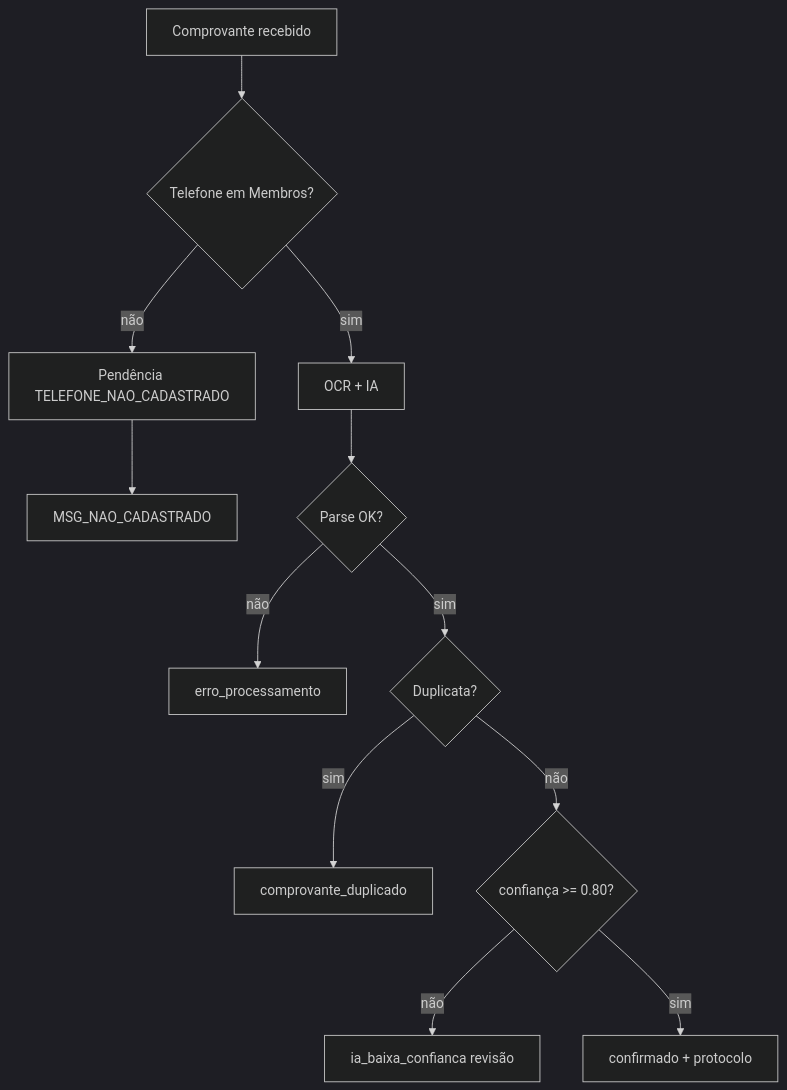
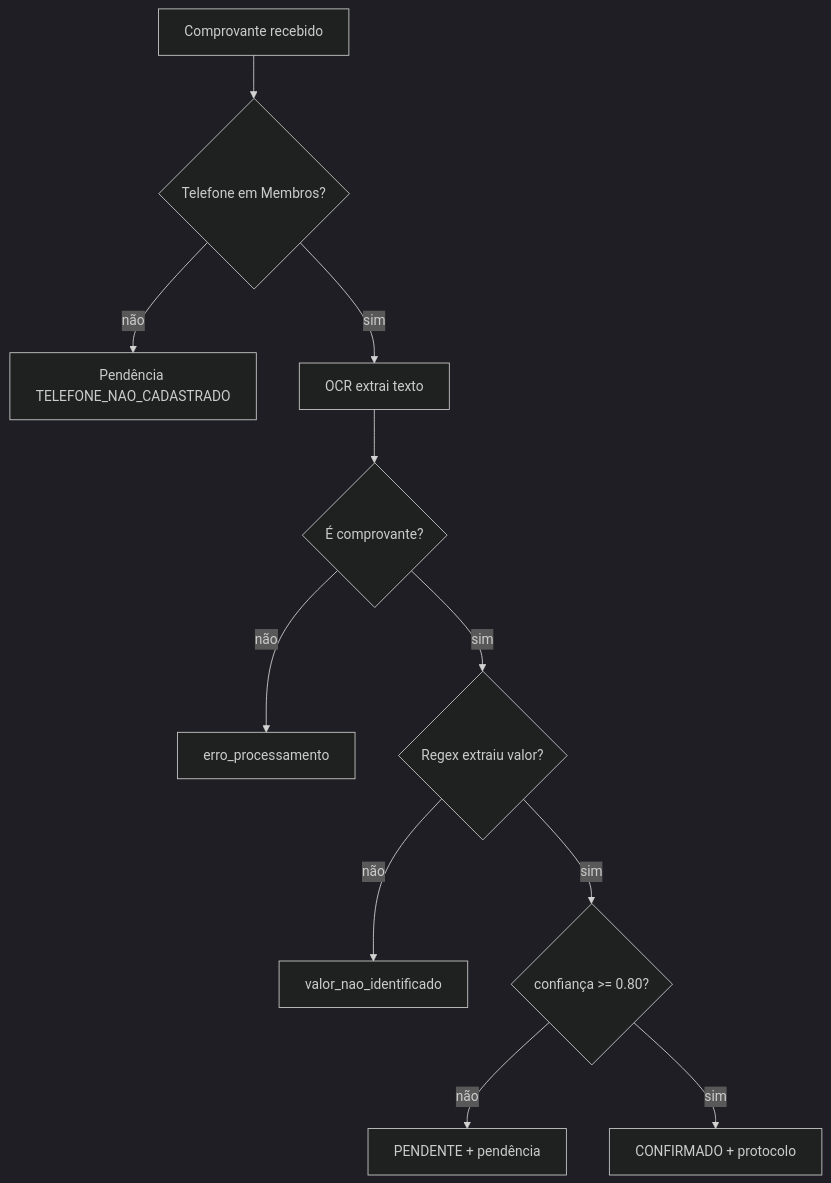
One commit to aganimoto/comunhaodebens changed the third of 3 diagrams in docs/ARCHITECTURE.md. Above: the diagram before and after it, drawn with Mermaid (dark theme). The commit also changed other lines of this file and 29 other files, not shown here.

````diff
--- a/docs/ARCHITECTURE.md
+++ b/docs/ARCHITECTURE.md
@@ -81,14 +71,13 @@
 ```mermaid
 flowchart TD
     A[Comprovante recebido] --> B{Telefone em Membros?}
     B -->|não| P1[Pendência TELEFONE_NAO_CADASTRADO]
-    P1 --> M1[MSG_NAO_CADASTRADO]
-    B -->|sim| C[OCR + IA]
-    C --> D{Parse OK?}
+    B -->|sim| C[OCR extrai texto]
+    C --> D{É comprovante?}
     D -->|não| P2[erro_processamento]
-    D -->|sim| E{Duplicata?}
-    E -->|sim| P3[comprovante_duplicado]
-    E -->|não| F{confiança >= 0.80?}
-    F -->|não| P4[ia_baixa_confianca revisão]
-    F -->|sim| G[confirmado + protocolo]
+    D -->|sim| E{Regex extraiu valor?}
+    E -->|não| P3[valor_nao_identificado]
+    E -->|sim| F{confiança >= 0.80?}
+    F -->|não| G[PENDENTE + pendência]
+    F -->|sim| H[CONFIRMADO + protocolo]
 ```
````
